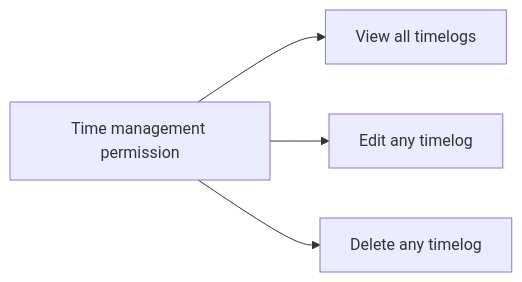
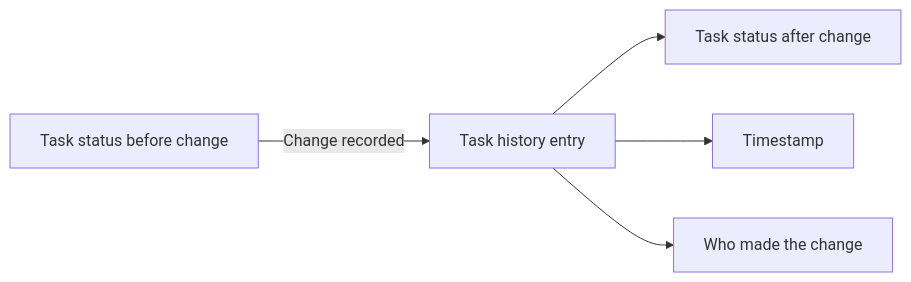
One commit to wrtnlabs/autobe-examples changed diagram 12 of 24 in openai/gpt-5.4-mini/erp/docs/analysis/04-business-rules.md. Above: the diagram before and after it, drawn with Mermaid. The commit also changed other lines of this file and 9017 other files, not shown here.

````diff
--- a/openai/gpt-5.4-mini/erp/docs/analysis/04-business-rules.md
+++ b/openai/gpt-5.4-mini/erp/docs/analysis/04-business-rules.md
@@ -406,6 +733,7 @@
 ```mermaid
 flowchart LR
-    A["Time management permission"] --> B["View all timelogs"]
-    A --> C["Edit any timelog"]
-    A --> D["Delete any timelog"]
+    A["Task status before change"] -->|"Change recorded"| B["Task history entry"]
+    B --> C["Task status after change"]
+    B --> D["Timestamp"]
+    B --> E["Who made the change"]
 ```
````
